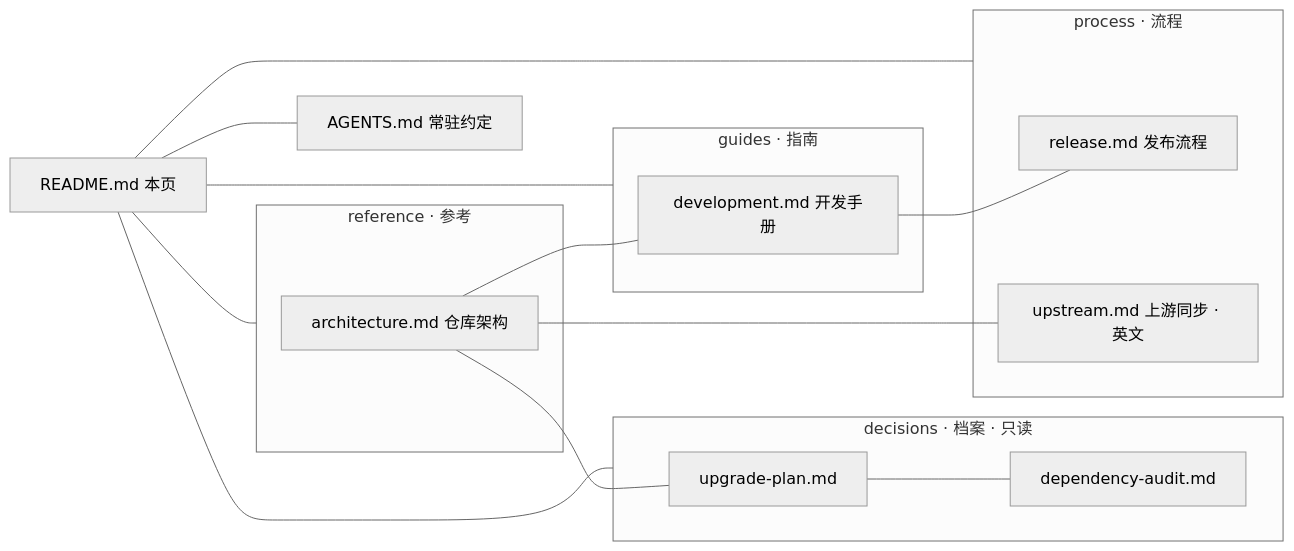
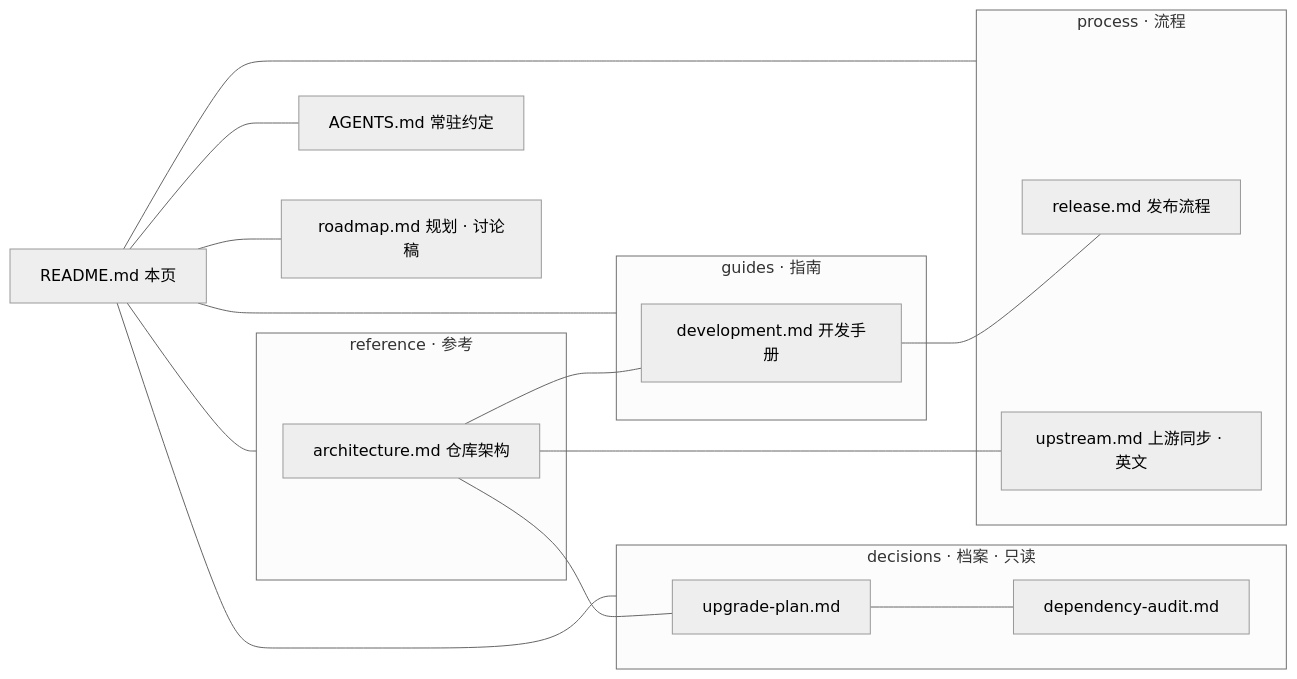
Before and after one commit to Koishi-CE/koishi: the diagram in docs/README.md, drawn with Mermaid (neutral theme). The commit also changed other lines of this file and 1 other file, not shown here.

First line of the commit message:
docs: 新增 roadmap 规划讨论稿并接入导航

````diff
--- a/docs/README.md
+++ b/docs/README.md
@@ -10,29 +10,31 @@
 ```mermaid
 flowchart LR
   R["README.md 本页"]
   AG["AGENTS.md 常驻约定"]
+  RM["roadmap.md 规划 · 讨论稿"]
   subgraph G["guides · 指南"]
     DEV["development.md 开发手册"]
   end
   subgraph RF["reference · 参考"]
     ARC["architecture.md 仓库架构"]
   end
   subgraph P["process · 流程"]
     REL["release.md 发布流程"]
     UP["upstream.md 上游同步 · 英文"]
   end
   subgraph D["decisions · 档案 · 只读"]
     P1["upgrade-plan.md"]
     P2["dependency-audit.md"]
   end
   R --- AG
+  R --- RM
   R --- G
   R --- RF
   R --- P
   R --- D
   ARC --- DEV
   DEV --- REL
   ARC --- UP
   ARC --- P1
   P1 --- P2
 ```
````
